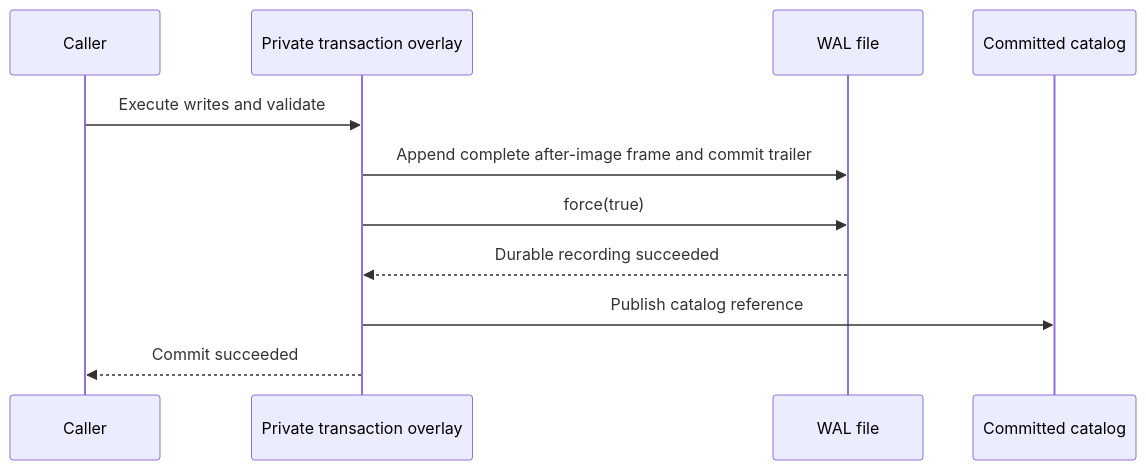
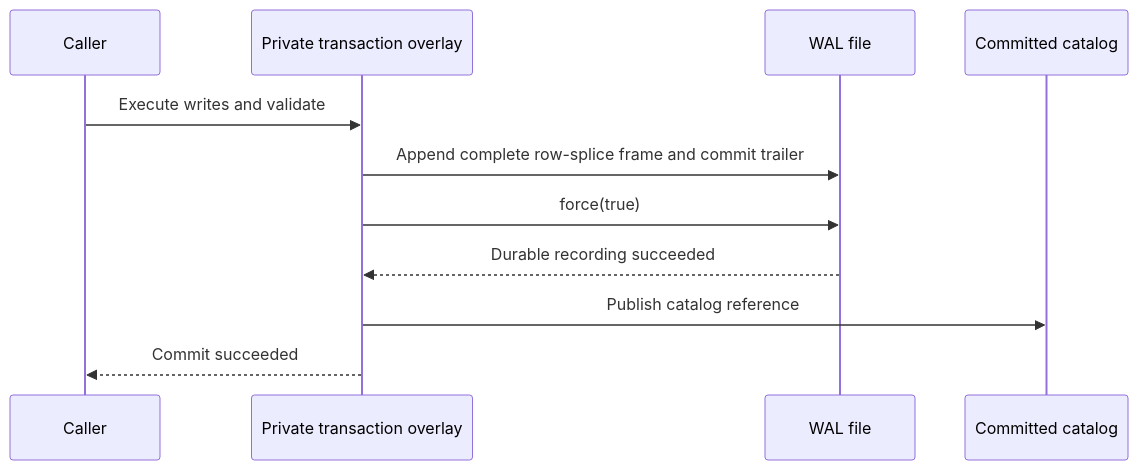
Before and after one commit to xhae123/kokodb: the diagram in docs/transactions-and-persistence.md, drawn with Mermaid. The commit also changed other lines of this file and 41 other files, not shown here.

First line of the commit message:
perf(storage): reduce durable recording with versioned row-splice WALs (#26)

````diff
--- a/docs/transactions-and-persistence.md
+++ b/docs/transactions-and-persistence.md
@@ -115,13 +124,13 @@
 ```mermaid
 sequenceDiagram
     participant App as Caller
     participant Tx as Private transaction overlay
     participant WAL as WAL file
     participant State as Committed catalog
     App->>Tx: Execute writes and validate
-    Tx->>WAL: Append complete after-image frame and commit trailer
+    Tx->>WAL: Append complete row-splice frame and commit trailer
     Tx->>WAL: force(true)
     WAL-->>Tx: Durable recording succeeded
     Tx->>State: Publish catalog reference
     Tx-->>App: Commit succeeded
 ```
````
